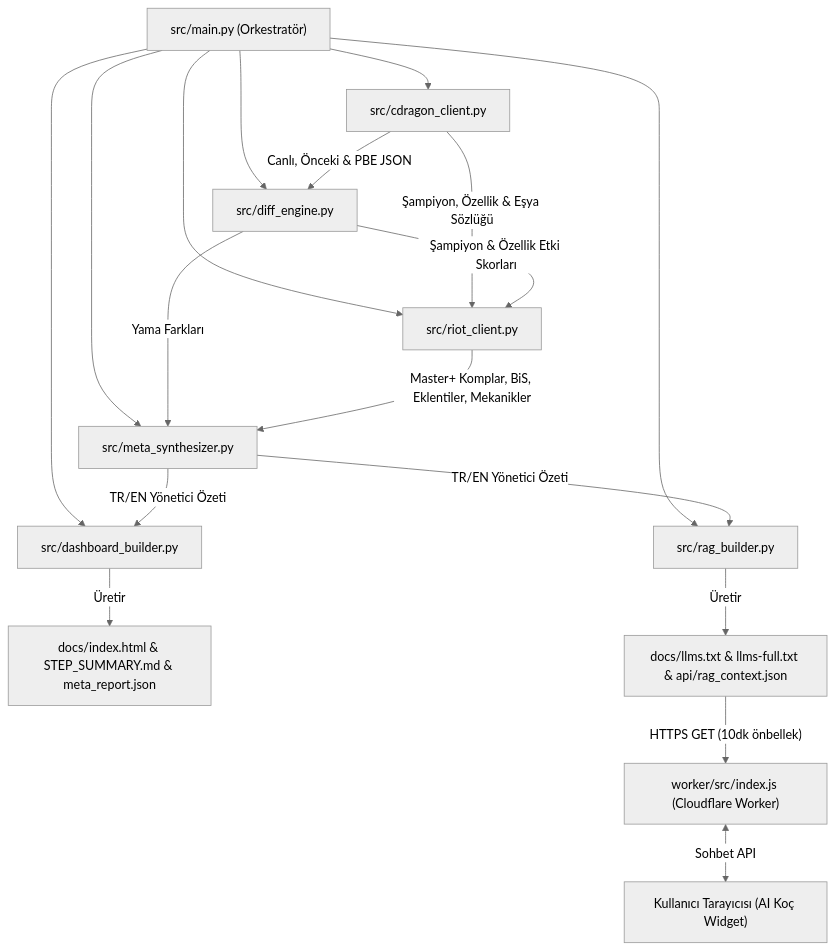
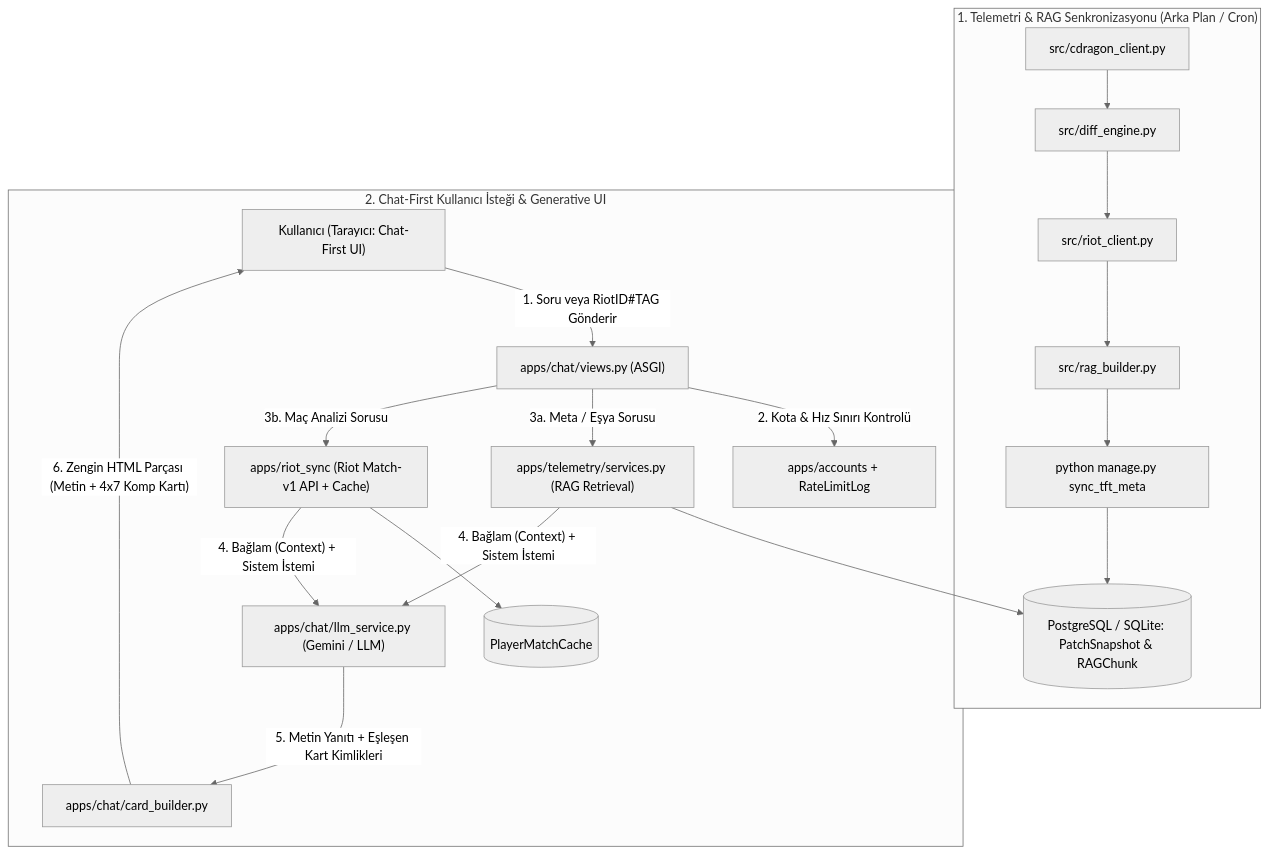
The diagram in ARCHITECTURE.md (Apexq/TFT-Meta-Patch-Telemetry), drawn with Mermaid (neutral theme) before and after one commit. The commit also changed other lines of this file and 3 other files, not shown here.

Commit message:
docs(v2): design comprehensive Django chat-first architecture, DB schema, rules, and task plan

````diff
--- a/ARCHITECTURE.md
+++ b/ARCHITECTURE.md
@@ -80,22 +87,22 @@
 ```mermaid
 flowchart TD
-    CLI["src/main.py (Orkestratör)"] --> CD["src/cdragon_client.py"]
-    CLI --> DE["src/diff_engine.py"]
-    CLI --> RC["src/riot_client.py"]
-    CLI --> MS["src/meta_synthesizer.py"]
-    CLI --> DB["src/dashboard_builder.py"]
-    CLI --> RB["src/rag_builder.py"]
+    subgraph VeriHatti["1. Telemetri & RAG Senkronizasyonu (Arka Plan / Cron)"]
+        CD["src/cdragon_client.py"] --> DE["src/diff_engine.py"]
+        DE --> RC["src/riot_client.py"]
+        RC --> RB["src/rag_builder.py"]
+        RB --> CMD["python manage.py sync_tft_meta"]
+        CMD --> DB_SNAP[("PostgreSQL / SQLite: PatchSnapshot & RAGChunk")]
+    end
 
-    CD -->|"Canlı, Önceki & PBE JSON"| DE
-    CD -->|"Şampiyon, Özellik & Eşya Sözlüğü"| RC
-    DE -->|"Şampiyon & Özellik Etki Skorları"| RC
-    DE -->|"Yama Farkları"| MS
-    RC -->|"Master+ Komplar, BiS, Eklentiler, Mekanikler"| MS
-    MS -->|"TR/EN Yönetici Özeti"| DB
-    MS -->|"TR/EN Yönetici Özeti"| RB
-
-    DB -->|"Üretir"| OUT1["docs/index.html & STEP_SUMMARY.md & meta_report.json"]
-    RB -->|"Üretir"| OUT2["docs/llms.txt & llms-full.txt & api/rag_context.json"]
-    OUT2 -->|"HTTPS GET (10dk önbellek)"| CW["worker/src/index.js (Cloudflare Worker)"]
-    CW <-->|"Sohbet API"| UI["Kullanıcı Tarayıcısı (AI Koç Widget)"]
+    subgraph KullaniciSohbet["2. Chat-First Kullanıcı İsteği & Generative UI"]
+        USER["Kullanıcı (Tarayıcı: Chat-First UI)"] -->|"1. Soru veya RiotID#TAG Gönderir"| VIEW["apps/chat/views.py (ASGI)"]
+        VIEW -->|"2. Kota & Hız Sınırı Kontrolü"| AUTH["apps/accounts + RateLimitLog"]
+        VIEW -->|"3a. Meta / Eşya Sorusu"| RET["apps/telemetry/services.py (RAG Retrieval)"]
+        VIEW -->|"3b. Maç Analizi Sorusu"| RIOT["apps/riot_sync (Riot Match-v1 API + Cache)"]
+        RET --> DB_SNAP
+        RIOT --> DB_MATCH[("PlayerMatchCache")]
+        RET & RIOT -->|"4. Bağlam (Context) + Sistem İstemi"| LLM["apps/chat/llm_service.py (Gemini / LLM)"]
+        LLM -->|"5. Metin Yanıtı + Eşleşen Kart Kimlikleri"| CARD["apps/chat/card_builder.py"]
+        CARD -->|"6. Zengin HTML Parçası (Metin + 4x7 Komp Kartı)"| USER
+    end
 ```
````
